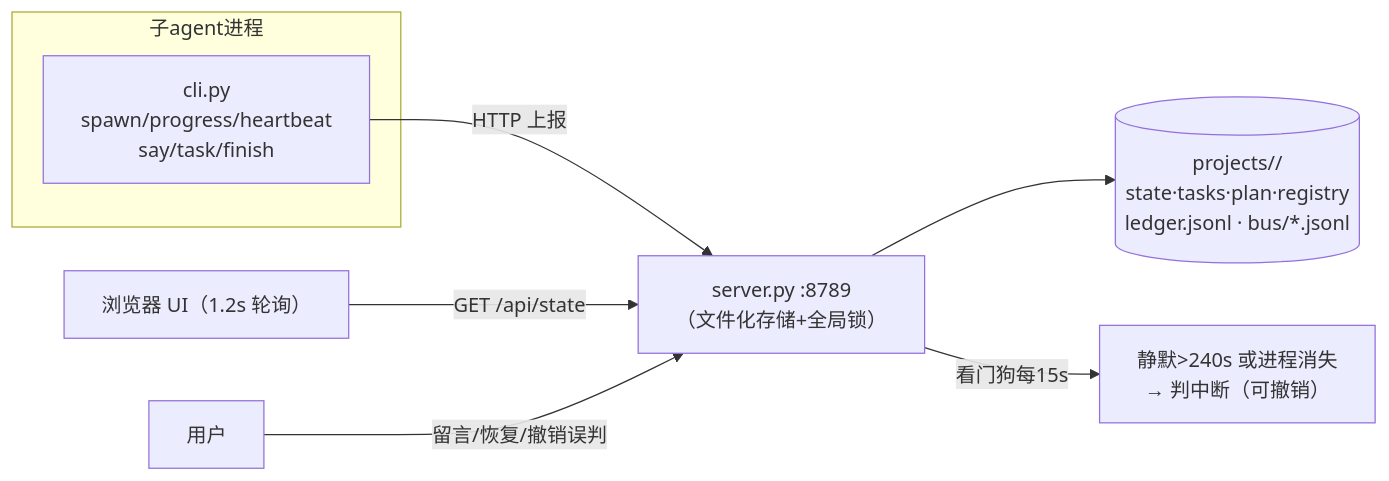
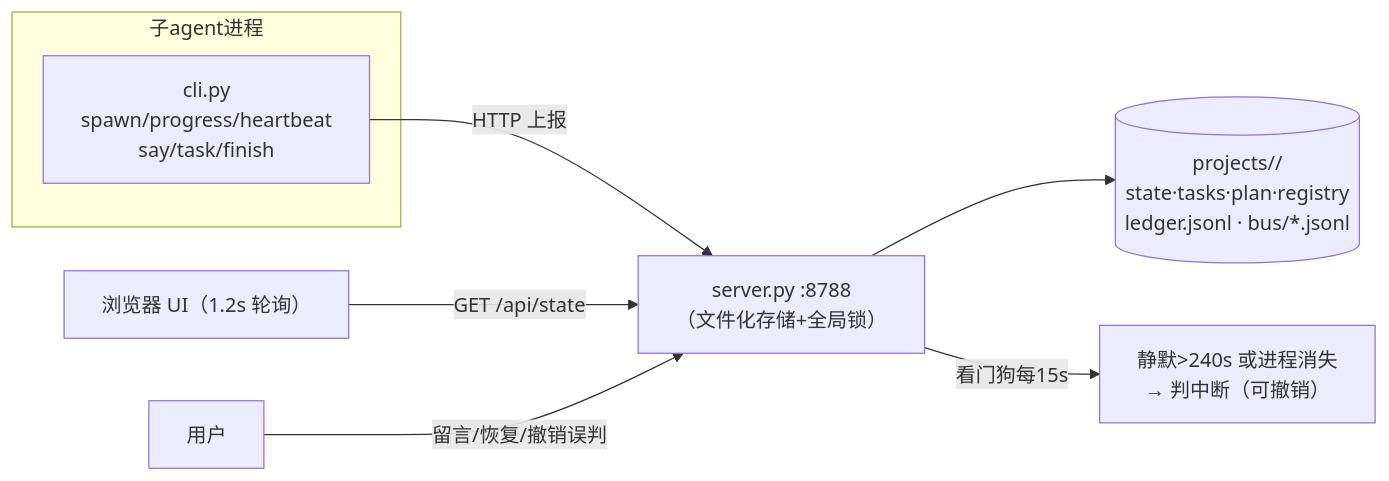
One commit to kimi0hhhh/project-orchestrator-skill changed the diagram in docs/BOARD.md. Above: the diagram before and after it, drawn with Mermaid. The commit also changed other lines of this file and 11 other files, not shown here.

First line of the commit message:
docs: 全新可视化——重绘拓扑/流水线大图 + 看板逐区域图文详解

````diff
--- a/docs/BOARD.md
+++ b/docs/BOARD.md
@@ -36,11 +81,11 @@
 ```mermaid
 flowchart LR
     subgraph 子agent进程
         C["cli.py<br/>spawn/progress/heartbeat<br/>say/task/finish"]
     end
-    C -->|"HTTP 上报"| S["server.py :8789<br/>（文件化存储+全局锁）"]
+    C -->|"HTTP 上报"| S["server.py :8788<br/>（文件化存储+全局锁）"]
     S --> ST[("projects/<pid>/<br/>state·tasks·plan·registry<br/>ledger.jsonl · bus/*.jsonl")]
     S -->|"看门狗每15s"| W["静默>240s 或进程消失<br/>→ 判中断（可撤销）"]
     B["浏览器 UI（1.2s 轮询）"] -->|GET /api/state| S
     U["用户"] -->|留言/恢复/撤销误判| S
 ```
````
